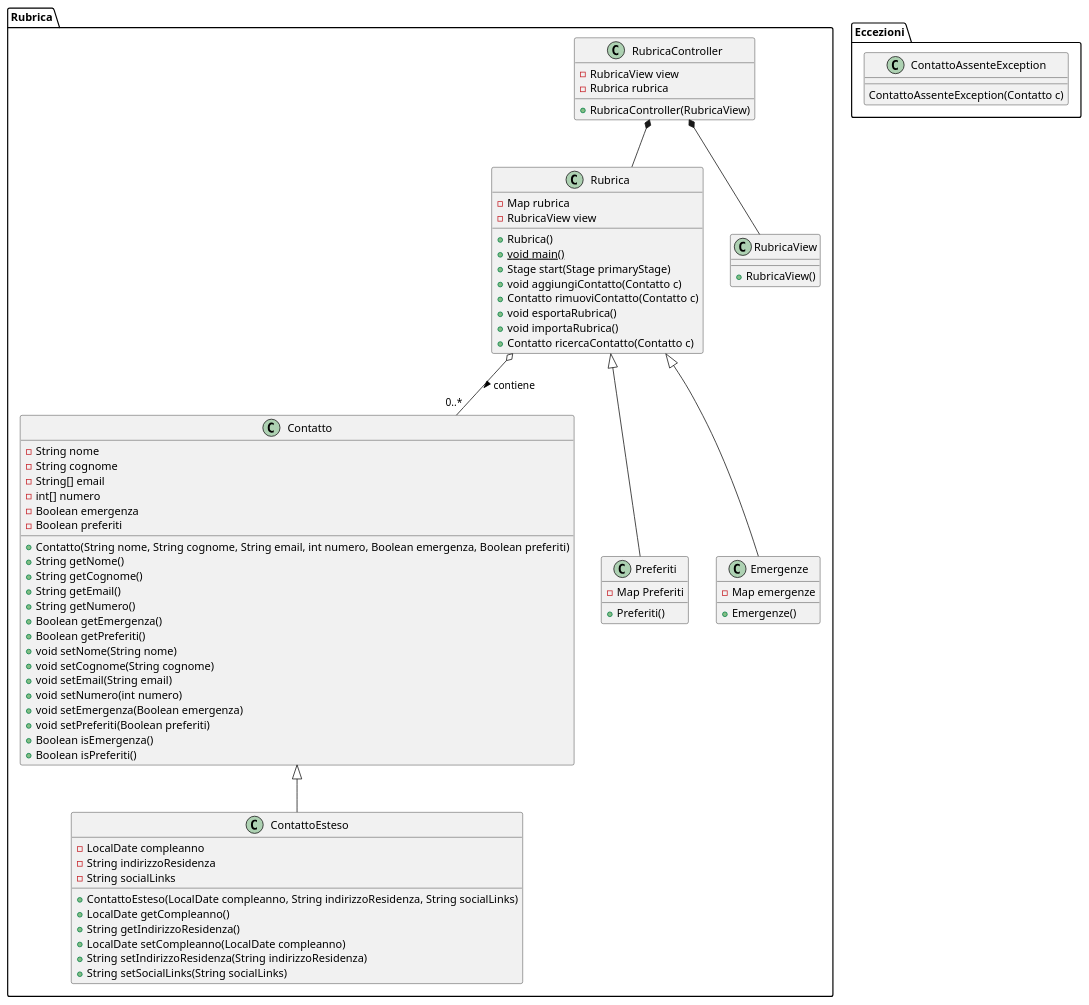
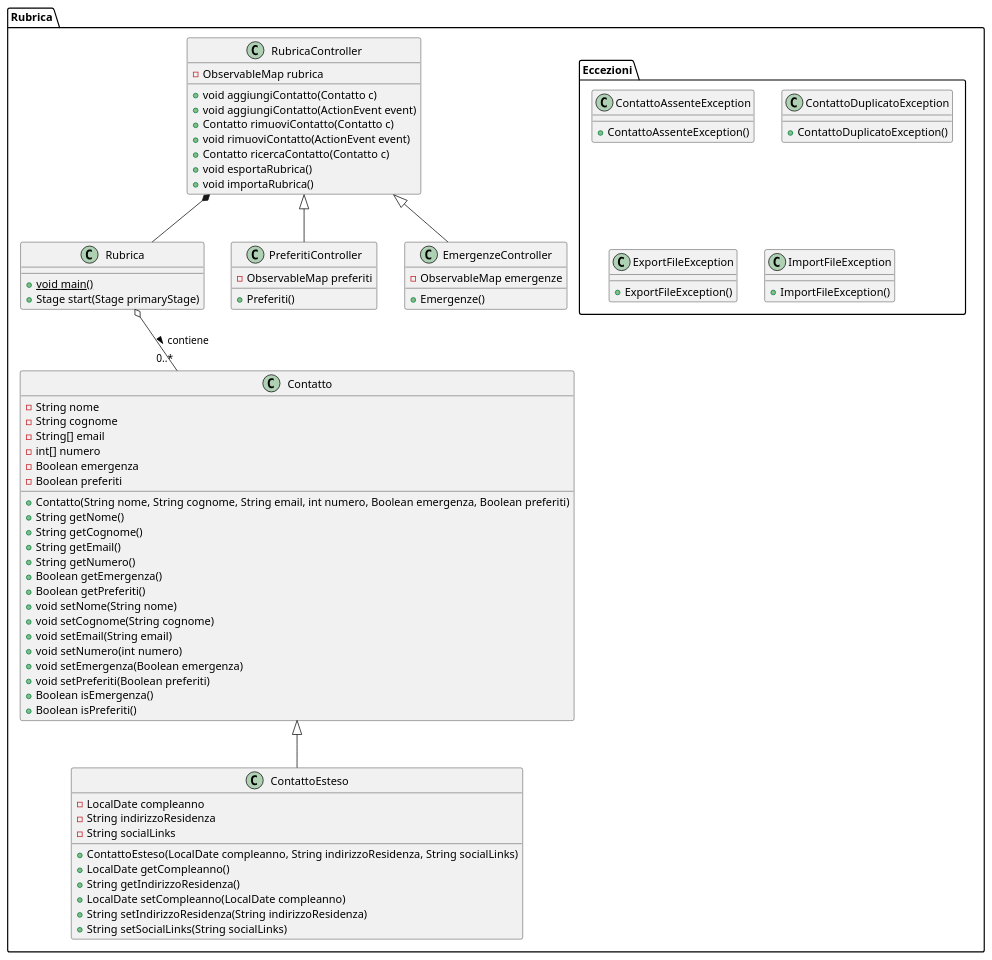
The diagram in docs/bozze/Diagrammi/Classi/DiagrammiClassi.puml (emanueletocci/uni-swe-project), drawn with PlantUML before and after one commit. The commit also changed 5 other files, not shown here.

Commit message:
Aggiornamento diagrammi classi

```diff
--- a/docs/bozze/Diagrammi/Classi/DiagrammiClassi.puml
+++ b/docs/bozze/Diagrammi/Classi/DiagrammiClassi.puml
@@ -1,85 +1,87 @@
 @startuml
 package Rubrica {
-class Contatto {
-  - String nome
-  - String cognome
-  - String[] email
-  - int[] numero
-  - Boolean emergenza
-  - Boolean preferiti
-  + Contatto(String nome, String cognome, String email, int numero, Boolean emergenza, Boolean preferiti)
-  + String getNome()
-  + String getCognome()
-  + String getEmail()
-  + String getNumero()
-  + Boolean getEmergenza()
-  + Boolean getPreferiti()
-  + void setNome(String nome)
-  + void setCognome(String cognome)
-  + void setEmail(String email)
-  + void setNumero(int numero)
-  + void setEmergenza(Boolean emergenza)
-  + void setPreferiti(Boolean preferiti)
-  + Boolean isEmergenza()
-  + Boolean isPreferiti()
-}
+  class Contatto {
+    - String nome
+    - String cognome
+    - String[] email
+    - int[] numero
+    - Boolean emergenza
+    - Boolean preferiti
+    + Contatto(String nome, String cognome, String email, int numero, Boolean emergenza, Boolean preferiti)
+    + String getNome()
+    + String getCognome()
+    + String getEmail()
+    + String getNumero()
+    + Boolean getEmergenza()
+    + Boolean getPreferiti()
+    + void setNome(String nome)
+    + void setCognome(String cognome)
+    + void setEmail(String email)
+    + void setNumero(int numero)
+    + void setEmergenza(Boolean emergenza)
+    + void setPreferiti(Boolean preferiti)
+    + Boolean isEmergenza()
+    + Boolean isPreferiti()
+  }
 
-class ContattoEsteso {
-  - LocalDate compleanno
-  - String indirizzoResidenza
-  - String socialLinks
-  + ContattoEsteso(LocalDate compleanno, String indirizzoResidenza, String socialLinks)
-  + LocalDate getCompleanno()
-  + String getIndirizzoResidenza()
-  + LocalDate setCompleanno(LocalDate compleanno)
-  + String setIndirizzoResidenza(String indirizzoResidenza)
-  + String setSocialLinks(String socialLinks)
-}
+  class ContattoEsteso {
+    - LocalDate compleanno
+    - String indirizzoResidenza
+    - String socialLinks
+    + ContattoEsteso(LocalDate compleanno, String indirizzoResidenza, String socialLinks)
+    + LocalDate getCompleanno()
+    + String getIndirizzoResidenza()
+    + LocalDate setCompleanno(LocalDate compleanno)
+    + String setIndirizzoResidenza(String indirizzoResidenza)
+    + String setSocialLinks(String socialLinks)
+  }
 
-class Rubrica {
-  - Map rubrica
-  - RubricaView view
-  + Rubrica()
-  + void {static} main()
-  + Stage start(Stage primaryStage)
-  + void aggiungiContatto(Contatto c)
-  + Contatto rimuoviContatto(Contatto c)
-  + void esportaRubrica()
-  + void importaRubrica()
-  + Contatto ricercaContatto(Contatto c)
-}
+  class Rubrica {
+    + void {static} main()
+    + Stage start(Stage primaryStage)
+  }
 
-class Preferiti {
-  - Map Preferiti
-  + Preferiti()
-}
+  class PreferitiController {
+    - ObservableMap preferiti
+    + Preferiti()
+  }
 
-class Emergenze {
-  - Map emergenze
-  + Emergenze()
-}
+  class EmergenzeController {
+    - ObservableMap emergenze
+    + Emergenze()
+  }
 
-class RubricaView {
-  + RubricaView()
-}
+  class RubricaController {
+    - ObservableMap rubrica
+    + void aggiungiContatto(Contatto c)
+    + void aggiungiContatto(ActionEvent event)
+    + Contatto rimuoviContatto(Contatto c)
+    + void rimuoviContatto(ActionEvent event)
+    + Contatto ricercaContatto(Contatto c)
+    + void esportaRubrica()
+    + void importaRubrica()
+  }
 
-class RubricaController {
-  - RubricaView view  
-  - Rubrica rubrica
-  + RubricaController(RubricaView)
-}
+  Contatto <|-- ContattoEsteso
+  Rubrica o-- "0..*" Contatto : contiene >
+  RubricaController <|-- PreferitiController
+  RubricaController <|-- EmergenzeController
+  RubricaController *-- Rubrica
 
-Contatto <|-- ContattoEsteso
-Rubrica o-- "0..*" Contatto : contiene >
-Rubrica <|-- Preferiti
-Rubrica <|-- Emergenze
-RubricaController *-- Rubrica
-RubricaController *-- RubricaView
-}
-package Eccezioni {
-  class ContattoAssenteException{
-    ContattoAssenteException(Contatto c)
+  package Eccezioni {
+    class ContattoAssenteException{
+      + ContattoAssenteException()
+    }
+    class ContattoDuplicatoException{
+      + ContattoDuplicatoException()
+    }
+    class ExportFileException{
+      + ExportFileException()
+    }
+    class ImportFileException{
+      + ImportFileException()
+    }
+
   }
 }
-
 @enduml
```
